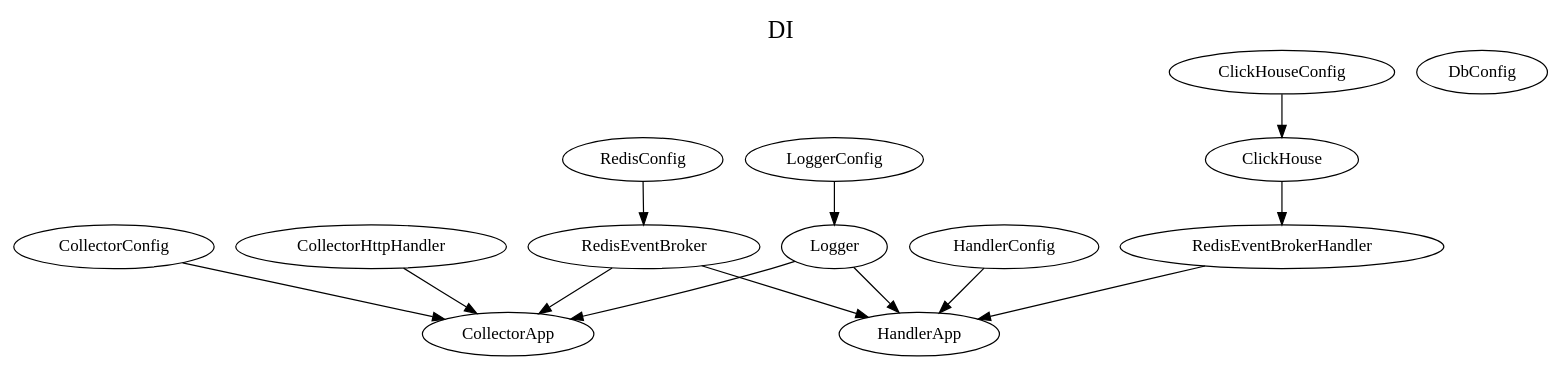
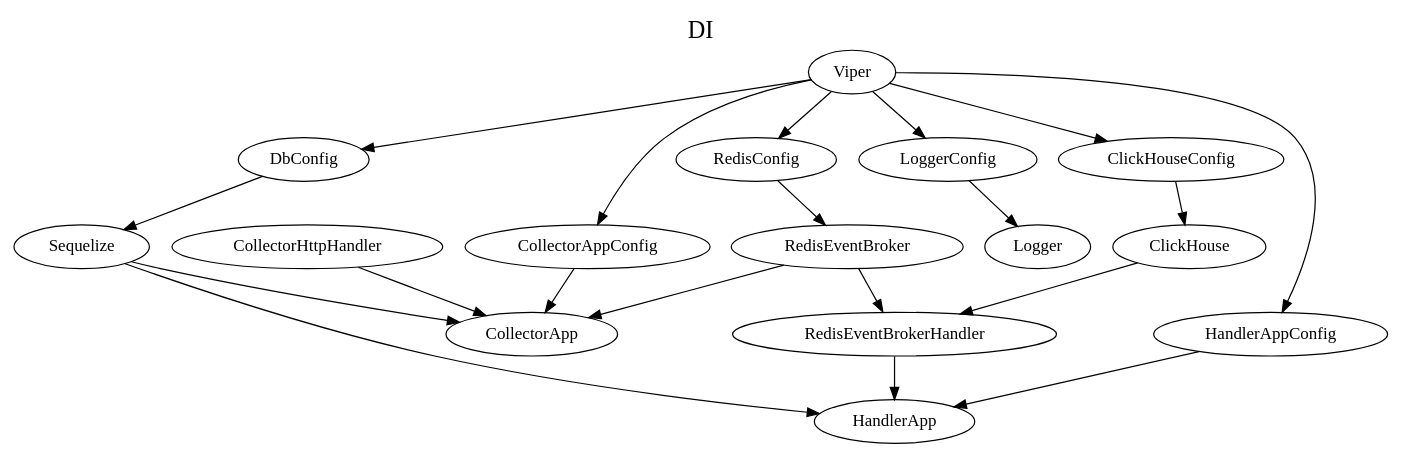
Before and after one commit to atm028/webalytic.go: the diagram in docs/dependencyGraph.dot, drawn with Graphviz. The commit also changed 12 other files, not shown here.

Commit message:
redis config added

```diff
--- a/docs/dependencyGraph.dot
+++ b/docs/dependencyGraph.dot
@@ -1,96 +1,121 @@
 digraph g {
     graph [fontsize=20 labelloc="t" label="DI" splines=true overlap=false rankdir="TB"]
 
-    "CollectorConfig" [
+    "Viper" [
         style="filled"
         penwidth=1
         fillcolor="white"
         shape="oval"
     ];
-    "HandlerConfig" [
+    "Sequelize" [
+        style="filled"
+        penwidth=1
+        fillcolor="white"
+        shape="oval"
+    ];
+    "CollectorAppConfig" [
+        style="filled"
+        penwidth=1
+        fillcolor="white"
+        shape="oval"
+    ];
+    "HandlerAppConfig" [
         style="filled"
         penwidth=1
         fillcolor="white"
         shape="oval"
     ];
     "RedisEventBroker" [
         style="filled"
         penwidth=1
         fillcolor="white"
         shape="oval"
     ];
     "RedisConfig" [
         style="filled"
         penwidth=1
         fillcolor="white"
         shape="oval"
     ];
     "DbConfig" [
         style="filled"
         penwidth=1
         fillcolor="white"
         shape="oval"
     ];
     "LoggerConfig" [
         style="filled"
         penwidth=1
         fillcolor="white"
         shape="oval"
     ];
     "Logger" [
         style="filled"
         penwidth=1
         fillcolor="white"
         shape="oval"
     ];
     "CollectorHttpHandler" [
         style="filled"
         penwidth=1
         fillcolor="white"
         shape="oval"
     ];
     "RedisEventBrokerHandler" [
         style="filled"
         penwidth=1
         fillcolor="white"
         shape="oval"
     ];
     "CollectorApp" [
         style="filled"
         penwidth=1
         fillcolor="white"
         shape="oval"
     ];
     "HandlerApp" [
         style="filled"
         penwidth=1
         fillcolor="white"
         shape="oval"
     ];
     "ClickHouseConfig" [
         style="filled"
         penwidth=1
         fillcolor="white"
         shape="oval"
     ];
     "ClickHouse" [
         style="filled"
         penwidth=1
         fillcolor="white"
         shape="oval"
     ];
 
     RedisConfig -> RedisEventBroker
+    RedisEventBroker -> RedisEventBrokerHandler
+
+    ClickHouseConfig -> ClickHouse
+    ClickHouse -> RedisEventBrokerHandler
+
     LoggerConfig -> Logger
-    ClickHouseConfig -> ClickHouse
-    CollectorConfig -> CollectorApp
+
+    Viper -> LoggerConfig
+    Viper -> RedisConfig
+    Viper -> CollectorAppConfig
+    Viper -> HandlerAppConfig
+    Viper -> ClickHouseConfig
+    Viper -> DbConfig
+
+
+    DbConfig ->Sequelize
+    Sequelize -> CollectorApp
+    Sequelize -> HandlerApp
+
+    CollectorAppConfig -> CollectorApp
+    CollectorHttpHandler -> CollectorApp
     RedisEventBroker -> CollectorApp
-    CollectorHttpHandler -> CollectorApp
-    Logger -> CollectorApp
 
+    HandlerAppConfig -> HandlerApp
     RedisEventBrokerHandler -> HandlerApp
-    ClickHouse -> RedisEventBrokerHandler
-    HandlerConfig -> HandlerApp
-    RedisEventBroker -> HandlerApp
-    Logger -> HandlerApp
 }
```
